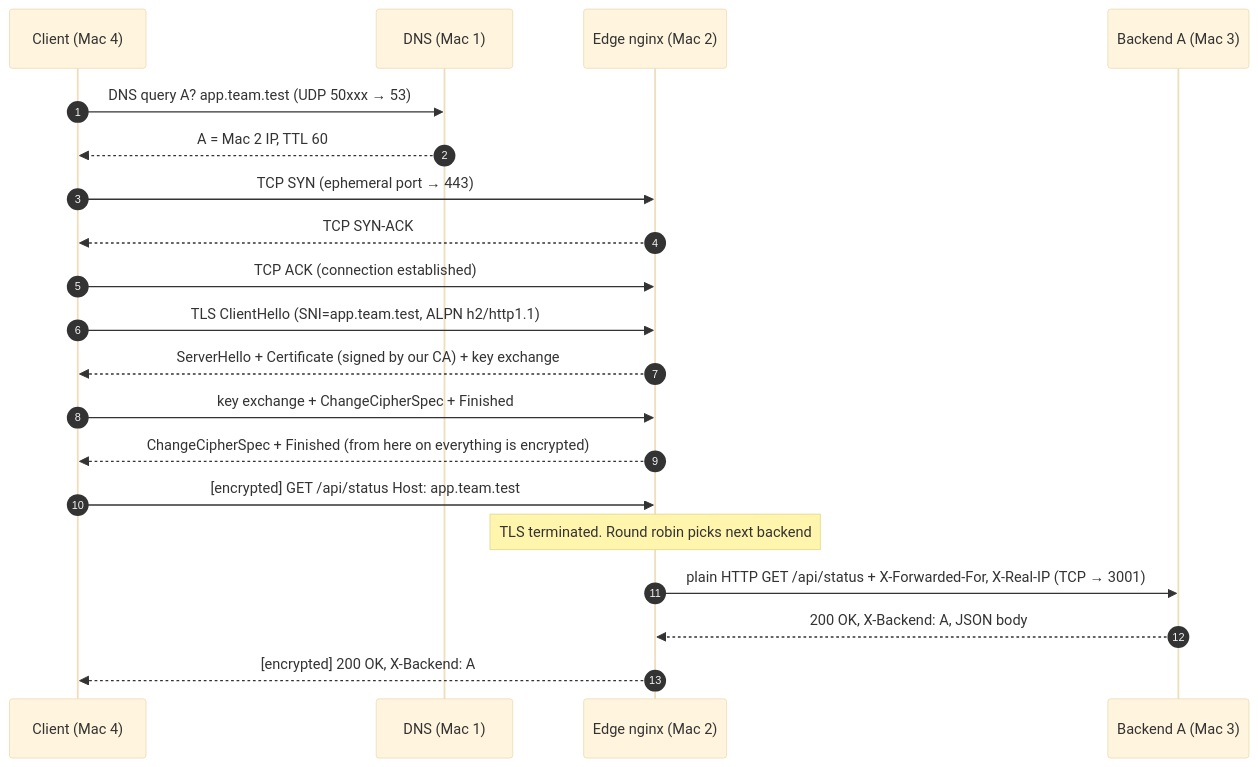
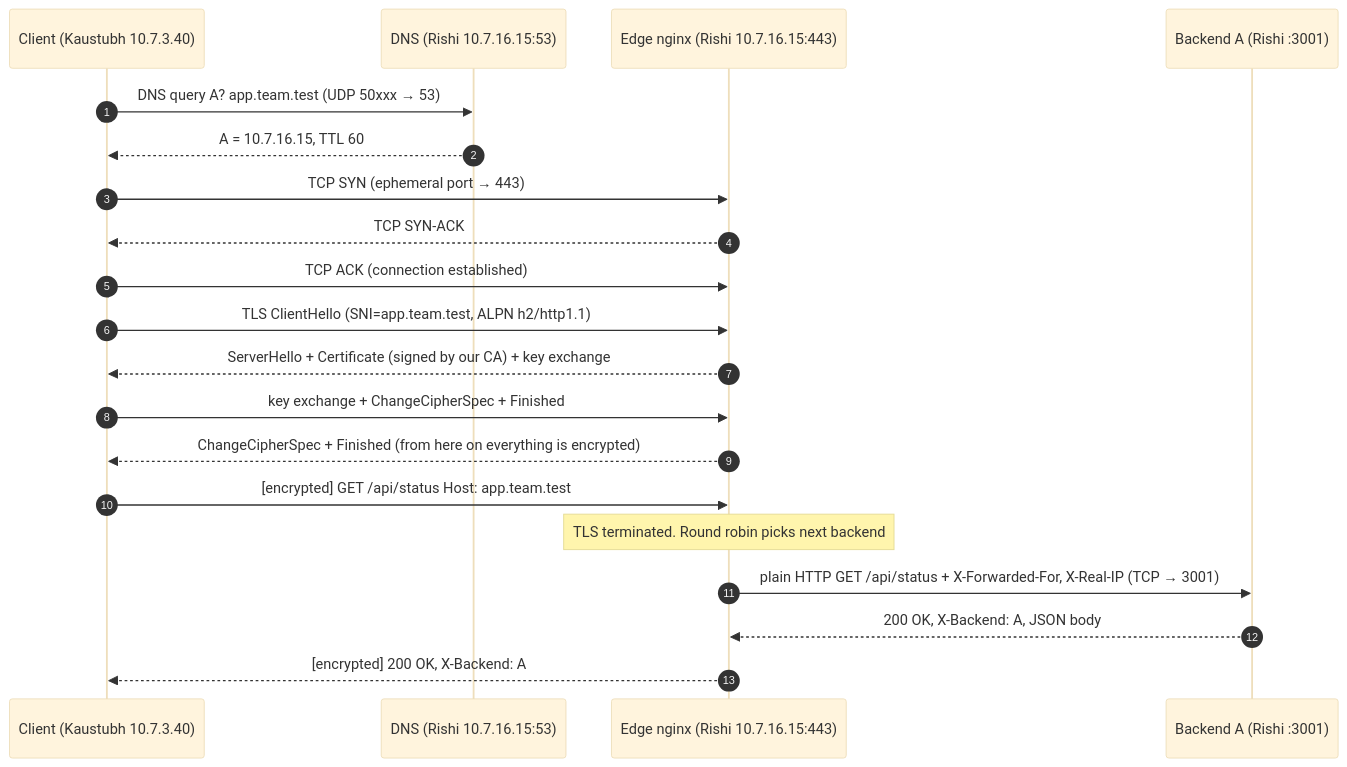
One commit to rishiraj38/cn-phase-1 changed the second of 2 diagrams in docs/ARCHITECTURE.md. Above: the diagram before and after it, drawn with Mermaid (base theme). The commit also changed other lines of this file and 113 other files, not shown here.

````diff
--- a/docs/ARCHITECTURE.md
+++ b/docs/ARCHITECTURE.md
@@ -72,22 +77,22 @@
 ```mermaid
 sequenceDiagram
   autonumber
-  participant C as Client (Mac 4)
-  participant D as DNS (Mac 1)
-  participant E as Edge nginx (Mac 2)
-  participant A as Backend A (Mac 3)
+  participant C as Client (Kaustubh 10.7.3.40)
+  participant D as DNS (Rishi 10.7.16.15:53)
+  participant E as Edge nginx (Rishi 10.7.16.15:443)
+  participant A as Backend A (Rishi :3001)
   C->>D: DNS query A? app.team.test   (UDP 50xxx → 53)
-  D-->>C: A = Mac 2 IP, TTL 60
+  D-->>C: A = 10.7.16.15, TTL 60
   C->>E: TCP SYN          (ephemeral port → 443)
   E-->>C: TCP SYN-ACK
   C->>E: TCP ACK          (connection established)
   C->>E: TLS ClientHello  (SNI=app.team.test, ALPN h2/http1.1)
   E-->>C: ServerHello + Certificate (signed by our CA) + key exchange
   C->>E: key exchange + ChangeCipherSpec + Finished
   E-->>C: ChangeCipherSpec + Finished   (from here on everything is encrypted)
   C->>E: [encrypted] GET /api/status  Host: app.team.test
   Note over E: TLS terminated. Round robin picks next backend
   E->>A: plain HTTP GET /api/status  + X-Forwarded-For, X-Real-IP  (TCP → 3001)
   A-->>E: 200 OK, X-Backend: A, JSON body
   E-->>C: [encrypted] 200 OK, X-Backend: A
 ```
````
